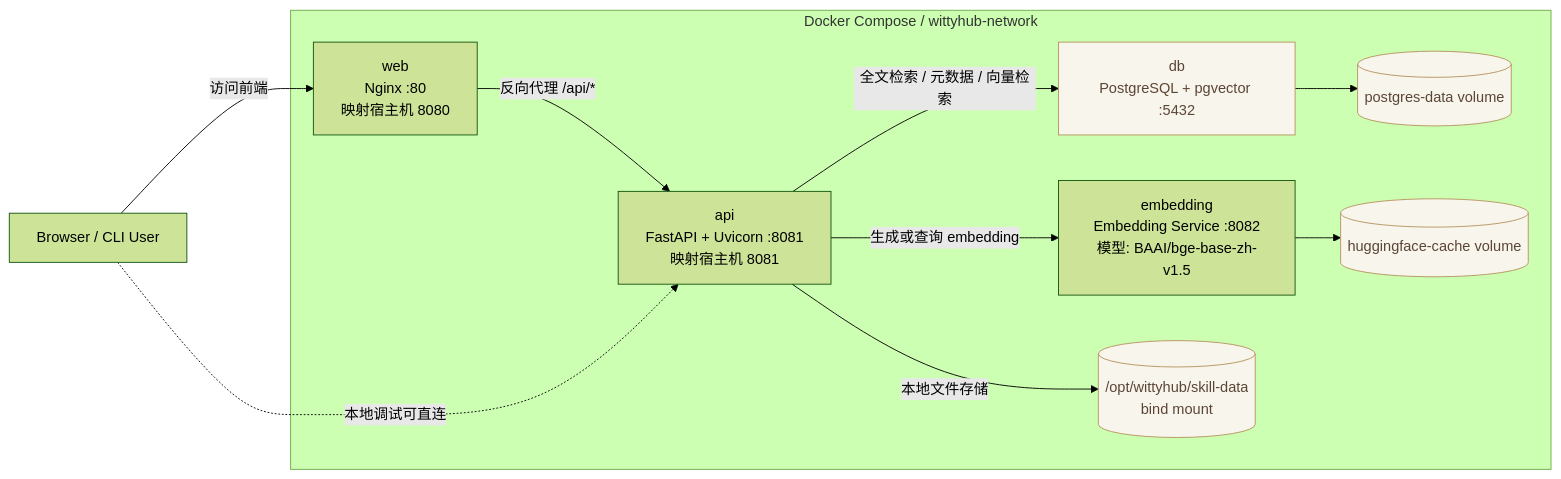
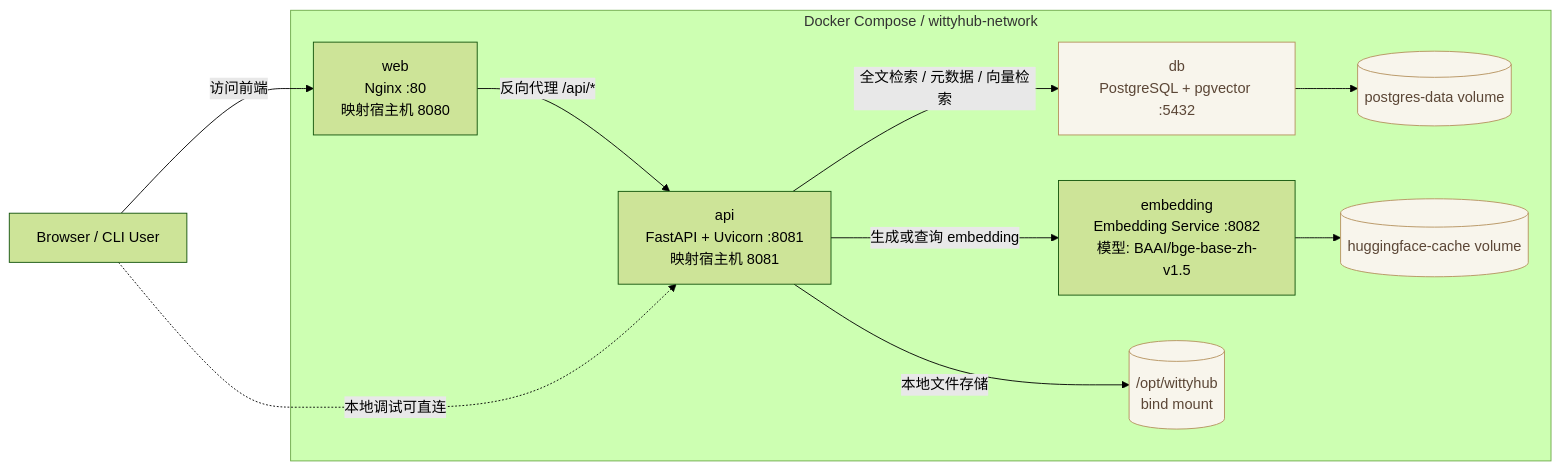
The diagram in README.md (openeuler-mirror/wittyhub), drawn with Mermaid (forest theme) before and after one commit. The commit also changed other lines of this file and 6 other files, not shown here.

````diff
--- a/README.md
+++ b/README.md
@@ -29,32 +29,32 @@
 ```mermaid
 flowchart LR
     User[Browser / CLI User]
 
     subgraph Compose["Docker Compose / wittyhub-network"]
         Web["web<br/>Nginx :80<br/>映射宿主机 8080"]
         API["api<br/>FastAPI + Uvicorn :8081<br/>映射宿主机 8081"]
         Embedding["embedding<br/>Embedding Service :8082<br/>模型: BAAI/bge-base-zh-v1.5"]
         DB["db<br/>PostgreSQL + pgvector :5432"]
-        SkillData[("/opt/wittyhub/skill-data<br/>bind mount")]
+        SkillData[("/opt/wittyhub<br/>bind mount")]
         PgData[("postgres-data volume")]
         ModelCache[("huggingface-cache volume")]
     end
 
     User -->|"访问前端"| Web
     Web -->|"反向代理 /api/*"| API
     User -.->|"本地调试可直连"| API
 
     API -->|"全文检索 / 元数据 / 向量检索"| DB
     API -->|"生成或查询 embedding"| Embedding
     API -->|"本地文件存储"| SkillData
 
     DB --> PgData
     Embedding --> ModelCache
 
     DB:::store
     SkillData:::store
     PgData:::store
     ModelCache:::store
 
     classDef store fill:#f8f5ec,stroke:#b6925e,color:#5b4636;
 ```
````
